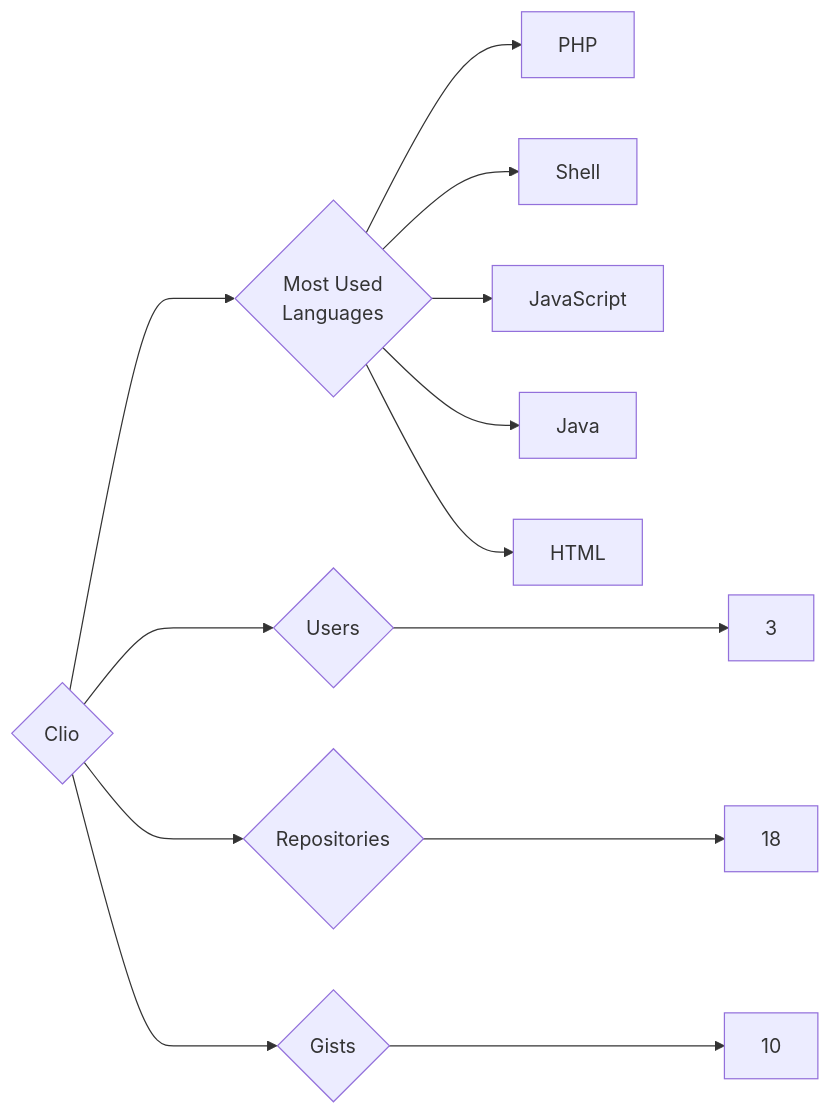
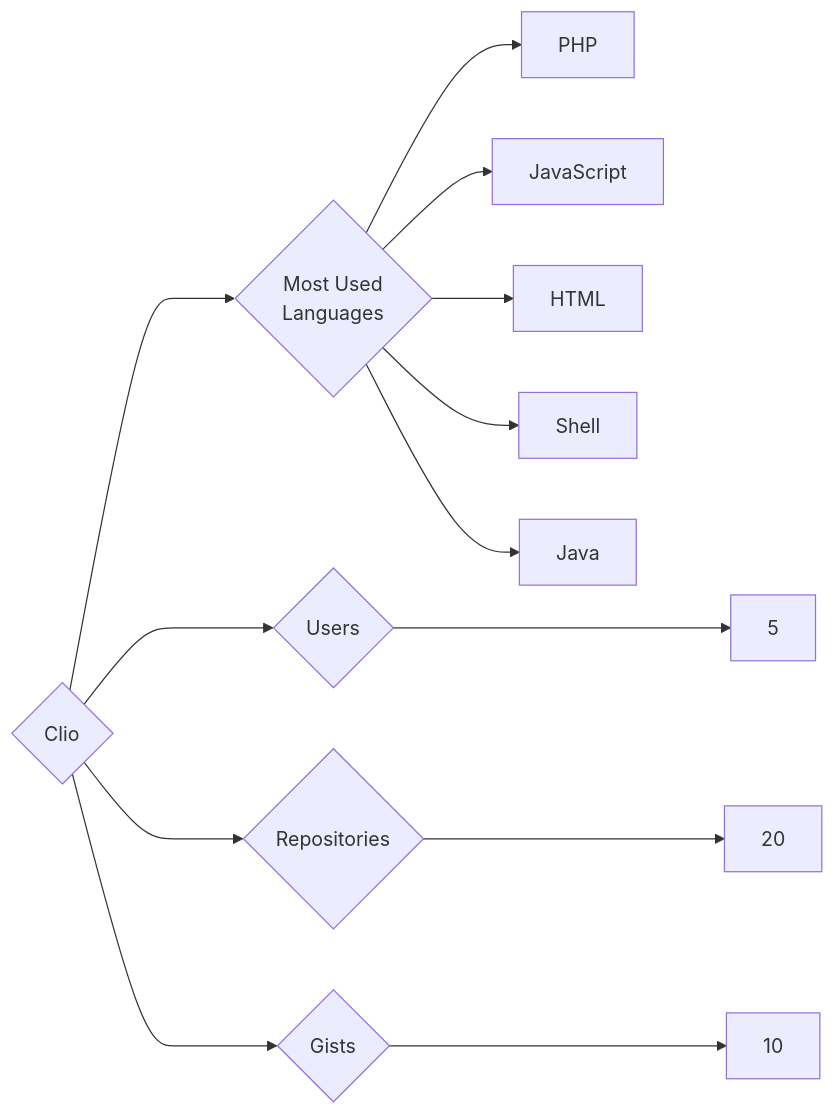
Before and after one commit to trickest/insiders: the diagram in targets/Clio/README.md, drawn with Mermaid. The commit also changed 942 other files, not shown here.

````diff
--- a/targets/Clio/README.md
+++ b/targets/Clio/README.md
@@ -3,13 +3,13 @@
 ```mermaid
 graph LR
 COMPANY_NAME{Clio}
-COMPANY_NAME ---> U{Users} ---> UN[3]
-COMPANY_NAME ---> R{Repositories} ---> RN[18]
+COMPANY_NAME ---> U{Users} ---> UN[5]
+COMPANY_NAME ---> R{Repositories} ---> RN[20]
 COMPANY_NAME ---> G{Gists} ---> GN[10]
 COMPANY_NAME ---> ML{Most Used<br>Languages}
 ML --> PHP[PHP]
+ML --> JavaScript[JavaScript]
+ML --> HTML[HTML]
 ML --> Shell[Shell]
-ML --> JavaScript[JavaScript]
 ML --> Java[Java]
-ML --> HTML[HTML]
 ```
````
